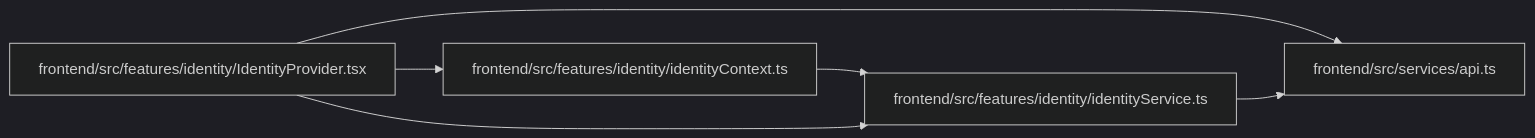
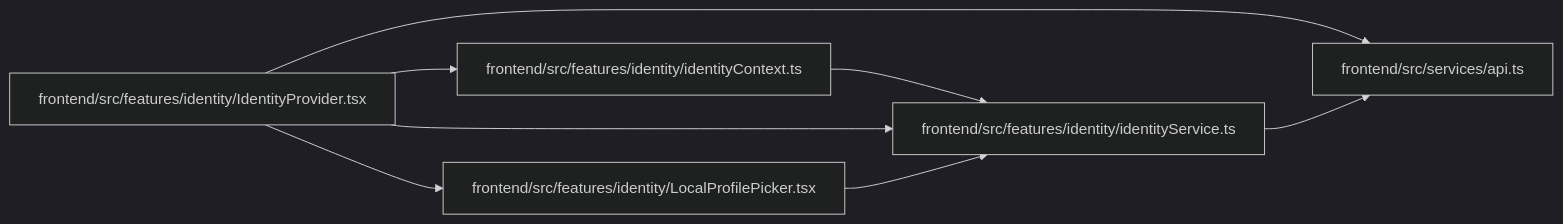
One commit to Denissvgn/WorkChord changed the diagram in docs/llm_wiki/modules/identityService.md. Above: the diagram before and after it, drawn with Mermaid (dark theme). The commit also changed other lines of this file and 642 other files, not shown here.

Commit message:
docs(wiki): refresh for the local work profile

````diff
--- a/docs/llm_wiki/modules/identityService.md
+++ b/docs/llm_wiki/modules/identityService.md
@@ -27,16 +27,20 @@
 ```mermaid
 flowchart LR
     n0["frontend/src/features/identity/identityContext.ts"]
     n1["frontend/src/features/identity/IdentityProvider.tsx"]
     n2["frontend/src/features/identity/identityService.ts"]
-    n3["frontend/src/services/api.ts"]
+    n3["frontend/src/features/identity/LocalProfilePicker.tsx"]
+    n4["frontend/src/services/api.ts"]
     n0 --> n2
     n1 --> n0
     n1 --> n2
     n1 --> n3
-    n2 --> n3
+    n1 --> n4
+    n2 --> n4
+    n3 --> n2
     click n0 "../modules/identityContext.md"
     click n1 "../modules/IdentityProvider.md"
     click n2 "../modules/identityService.md"
-    click n3 "../modules/api.md"
+    click n3 "../modules/LocalProfilePicker.md"
+    click n4 "../modules/api.md"
 ```
````
